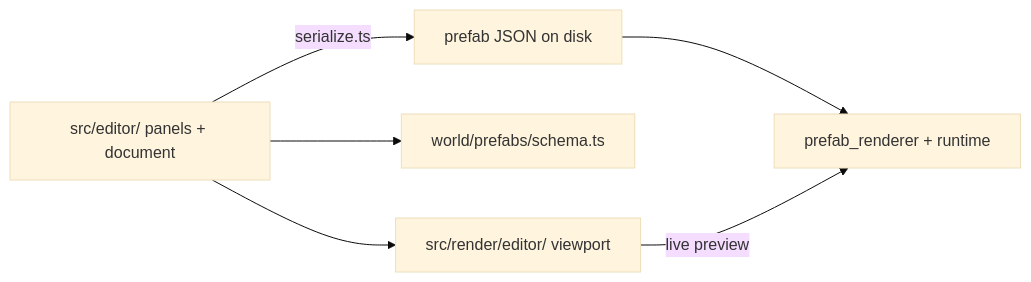
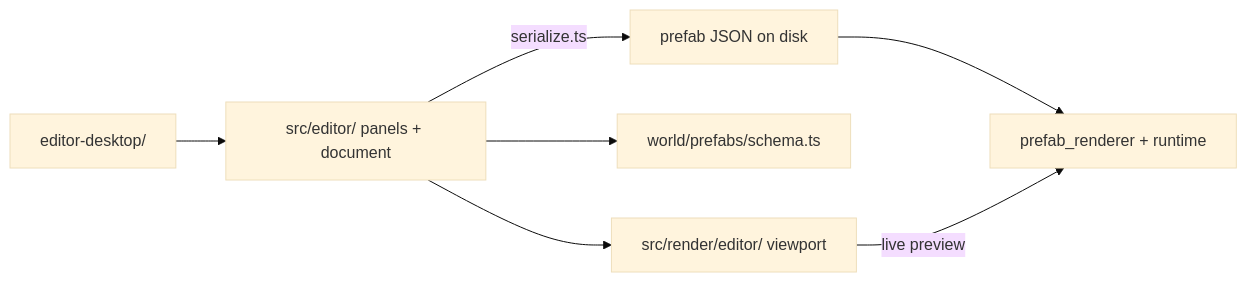
Before and after one commit to AlanGreyjoy/claudecitizen: the diagram in docs/docs/cc-editor/overview.md, drawn with Mermaid (base theme). The commit also changed other lines of this file and 105 other files, not shown here.

First line of the commit message:
Update editor and build configurations for standalone Electron application

````diff
--- a/docs/docs/cc-editor/overview.md
+++ b/docs/docs/cc-editor/overview.md
@@ -42,14 +46,16 @@
 ```mermaid
 flowchart LR
+  Electron["editor-desktop/"]
   UI["src/editor/ panels + document"]
   Viewport["src/render/editor/ viewport"]
   Schema["world/prefabs/schema.ts"]
   JSON["prefab JSON on disk"]
   Game["prefab_renderer + runtime"]
 
+  Electron --> UI
   UI --> Viewport
   UI --> Schema
   UI -->|"serialize.ts"| JSON
   JSON --> Game
   Viewport -->|"live preview"| Game
 ```
````
